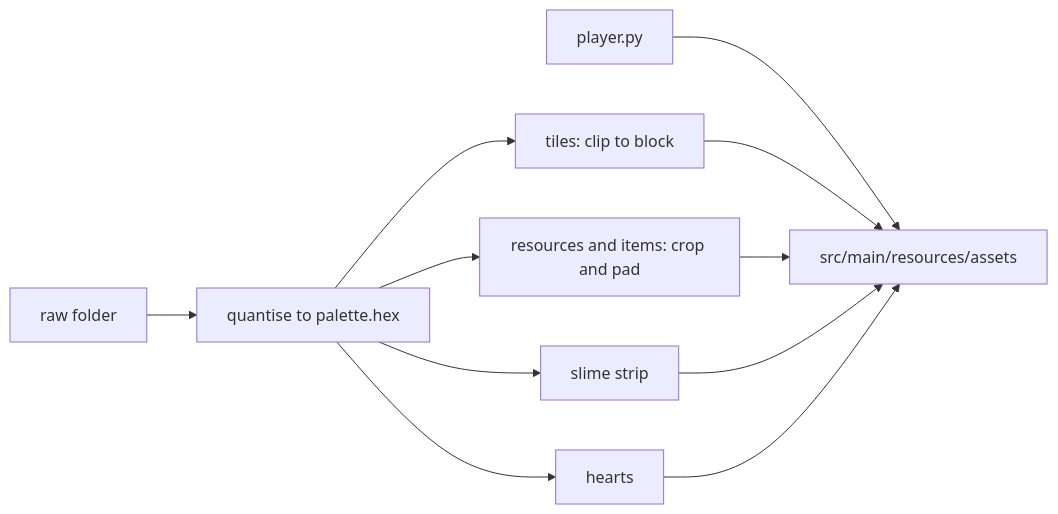
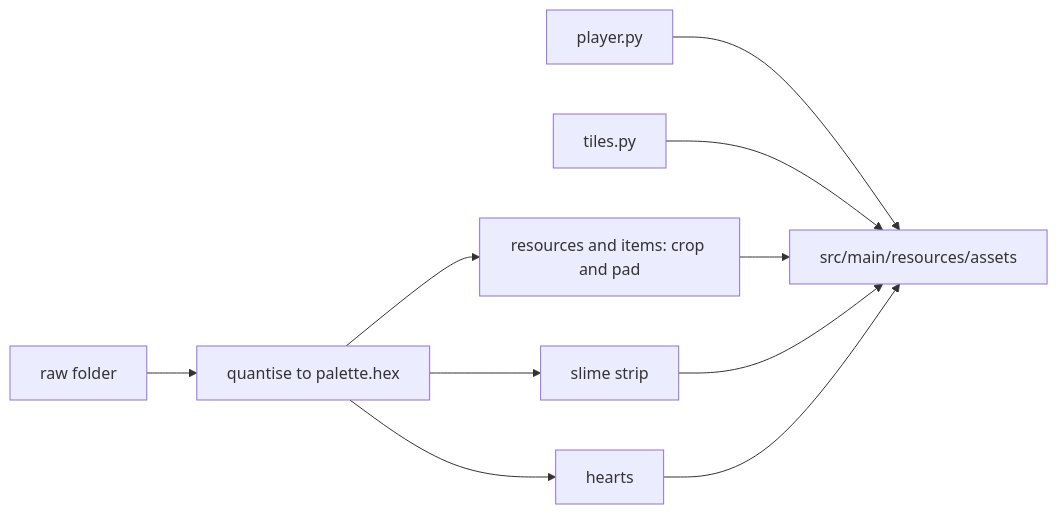
One commit to kfeuerschvenger/perlinsedge changed the first of 2 diagrams in tools/pixelart/README.md. Above: the diagram before and after it, drawn with Mermaid. The commit also changed other lines of this file and 25 other files, not shown here.

Commit message:
feat(assets): draw flat land tiles and decal sprites from a script

````diff
--- a/tools/pixelart/README.md
+++ b/tools/pixelart/README.md
@@ -13,13 +13,12 @@
 ```mermaid
 flowchart LR
   R[raw folder] --> Q[quantise to palette.hex]
-  Q --> T[tiles: clip to block]
   Q --> S[resources and items: crop and pad]
   Q --> E[slime strip]
   P[player.py] --> O
   Q --> G[hearts]
-  T --> O[src/main/resources/assets]
+  L[tiles.py] --> O[src/main/resources/assets]
   S --> O
   E --> O
   G --> O
 ```
````
